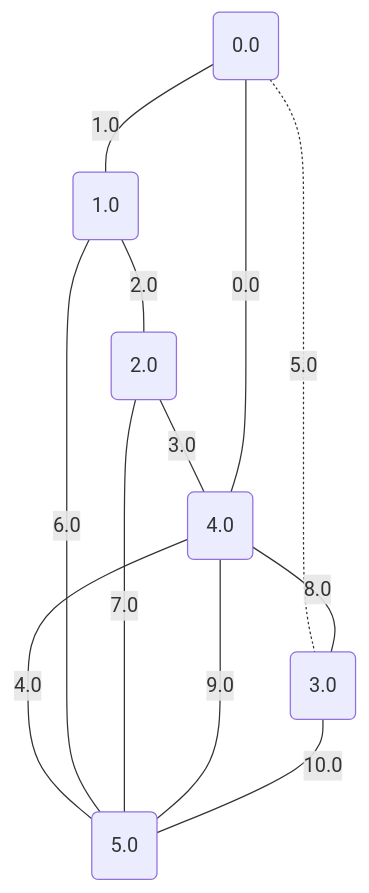
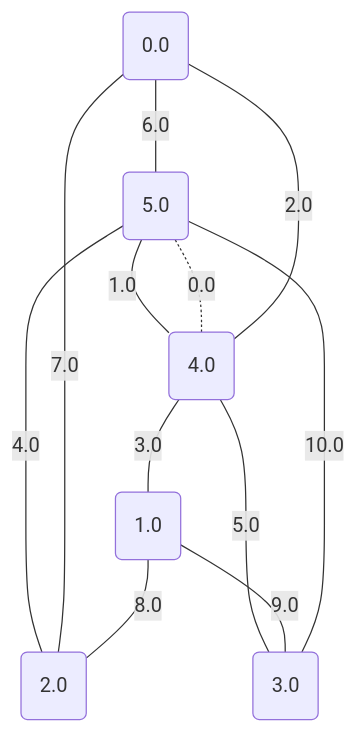
The tenth of 17 diagrams in project/src/testing/minCutPetersen.md (metury/graphs), drawn with Mermaid before and after one commit. The commit also changed other lines of this file and 2 other files, not shown here.

````diff
--- a/project/src/testing/minCutPetersen.md
+++ b/project/src/testing/minCutPetersen.md
@@ -268,20 +268,20 @@
 ```mermaid
 graph TD;
 0("0.0");
 1("1.0");
 2("2.0");
 3("3.0");
 4("4.0");
 5("5.0");
-	4 -- "0.0" --- 0;
-	0 -- "1.0" --- 1;
-	1 -- "2.0" --- 2;
-	2 -- "3.0" --- 4;
-	4 -- "4.0" --- 5;
-	0 -. "5.0" -.- 3;
-	1 -- "6.0" --- 5;
-	2 -- "7.0" --- 5;
-	4 -- "8.0" --- 3;
-	4 -- "9.0" --- 5;
-	3 -- "10.0" --- 5;
+	4 -. "0.0" -.- 5;
+	5 -- "1.0" --- 4;
+	4 -- "2.0" --- 0;
+	4 -- "3.0" --- 1;
+	5 -- "4.0" --- 2;
+	4 -- "5.0" --- 3;
+	0 -- "6.0" --- 5;
+	0 -- "7.0" --- 2;
+	1 -- "8.0" --- 2;
+	1 -- "9.0" --- 3;
+	5 -- "10.0" --- 3;
 ```
````
